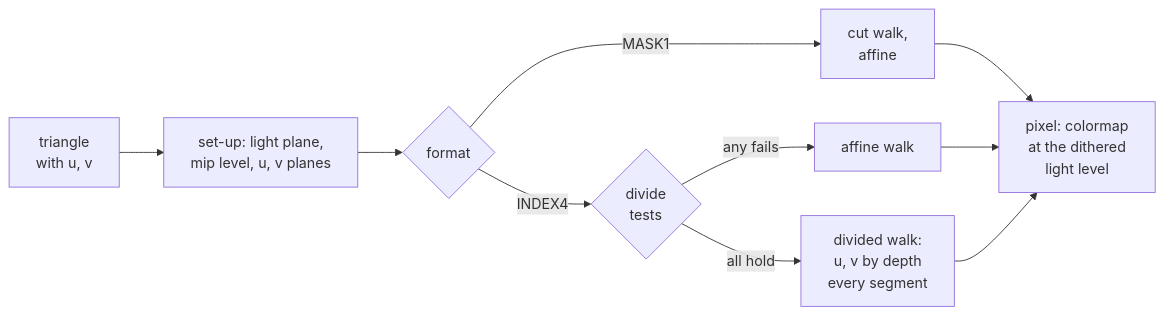
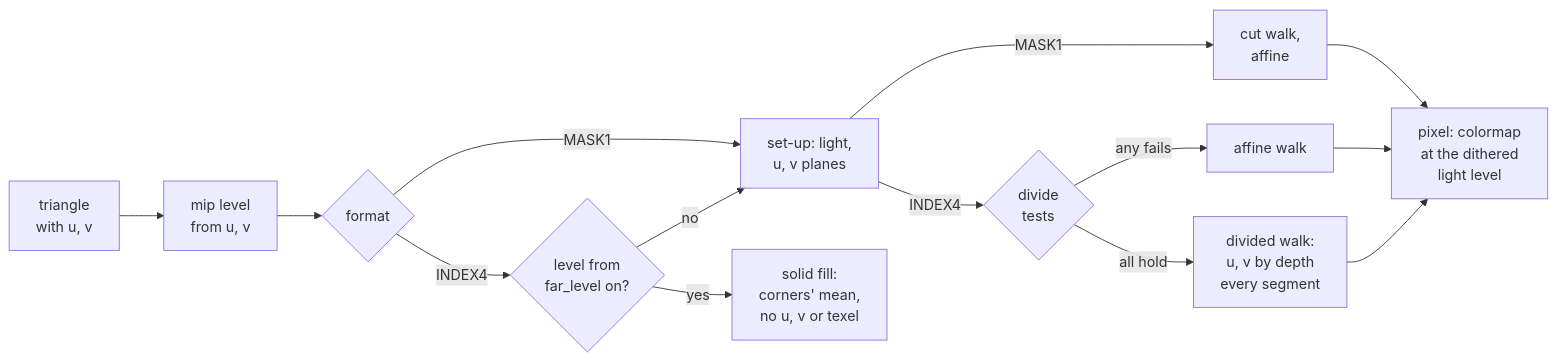
One commit to jose-villegas/autana changed the diagram in docs/render/frame/Texture-Mapping.md. Above: the diagram before and after it, drawn with Mermaid. The commit also changed other lines of this file and 37 other files, not shown here.

First line of the commit message:
render: far mip levels draw flat in the corners' mean, texture.far_level default 3 (we46) (#1570)

````diff
--- a/docs/render/frame/Texture-Mapping.md
+++ b/docs/render/frame/Texture-Mapping.md
@@ -11,12 +11,16 @@
 ```mermaid
 flowchart LR
-    Tri["triangle<br/>with u, v"] --> Setup["set-up: light plane,<br/>mip level, u, v planes"]
-    Setup --> Format{format}
-    Format -- MASK1 --> Cut["cut walk,<br/>affine"]
-    Format -- INDEX4 --> Tests{"divide<br/>tests"}
+    Tri["triangle<br/>with u, v"] --> Mip["mip level<br/>from u, v"]
+    Mip --> Format{format}
+    Format -- MASK1 --> Setup["set-up: light,<br/>u, v planes"]
+    Setup -- MASK1 --> Cut["cut walk,<br/>affine"]
+    Format -- INDEX4 --> Far{"level from<br/>far_level on?"}
+    Far -- yes --> Plain["solid fill:<br/>corners' mean,<br/>no u, v or texel"]
+    Far -- no --> Setup
+    Setup -- INDEX4 --> Tests{"divide<br/>tests"}
     Tests -- "any fails" --> Affine["affine walk"]
     Tests -- "all hold" --> Divided["divided walk:<br/>u, v by depth<br/>every segment"]
     Cut --> Pixel["pixel: colormap<br/>at the dithered<br/>light level"]
     Affine --> Pixel
     Divided --> Pixel
 ```
````
